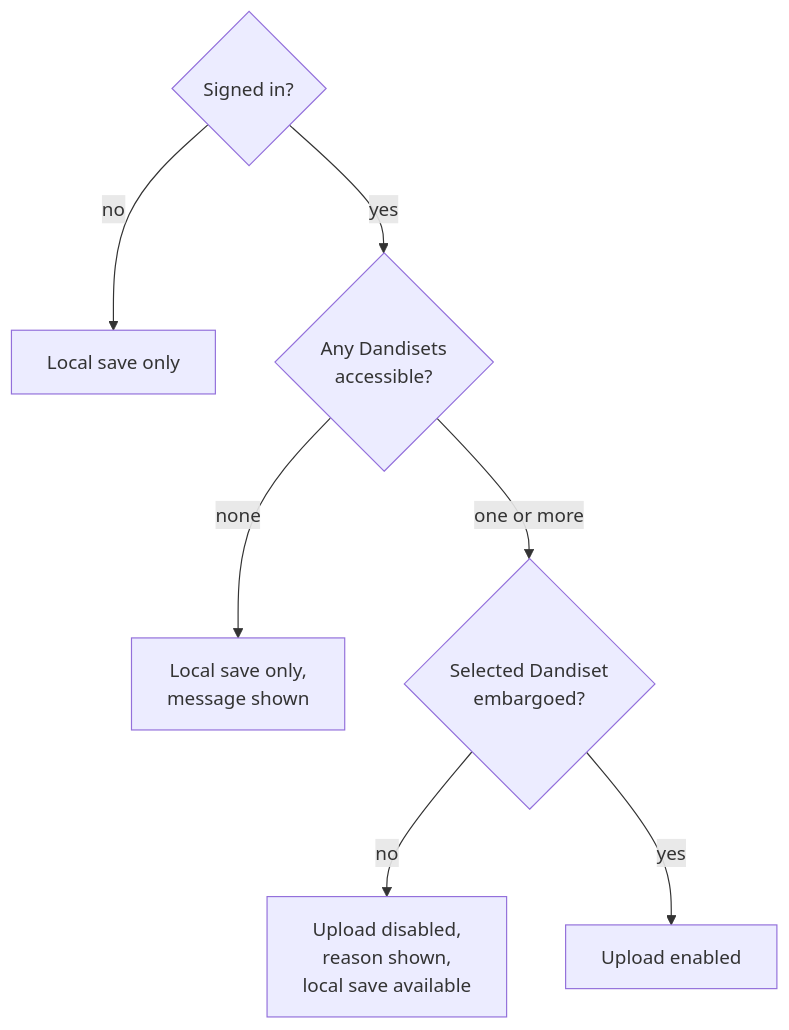
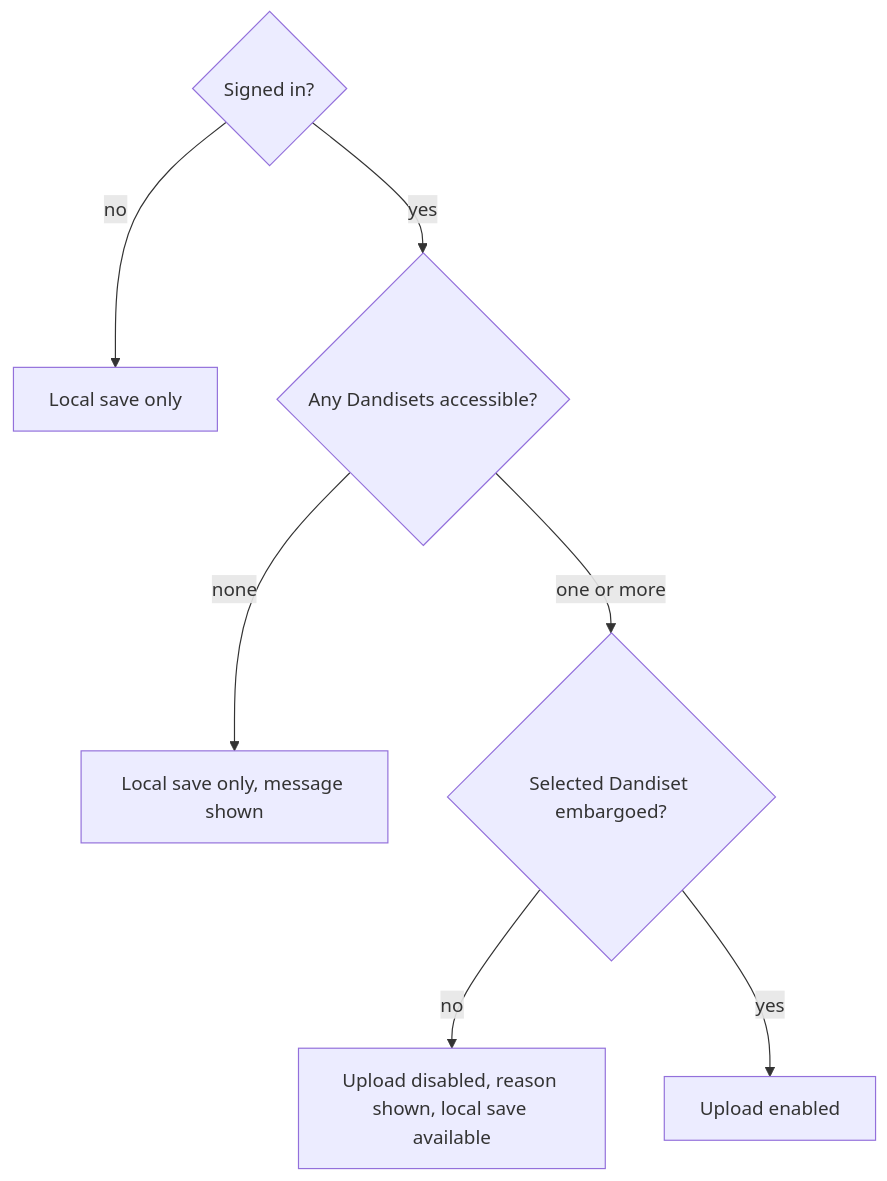
One commit to CodyCBakerPhD/BBQS-EMBER-docs changed diagram 14 of 15 in user-stories/clip-extractor.md. Above: the diagram before and after it, drawn with Mermaid. The commit also changed other lines of this file and 1 other file, not shown here.

First line of the commit message:
Drop manual line breaks from Mermaid labels; add agent instructions

````diff
--- a/user-stories/clip-extractor.md
+++ b/user-stories/clip-extractor.md
@@ -448,9 +448,9 @@
 ```mermaid
 flowchart TD
     A{Signed in?} -- no --> L[Local save only]
-    A -- yes --> B{Any Dandisets<br/>accessible?}
-    B -- none --> L2[Local save only,<br/>message shown]
-    B -- one or more --> C{Selected Dandiset<br/>embargoed?}
-    C -- no --> D[Upload disabled,<br/>reason shown,<br/>local save available]
+    A -- yes --> B{Any Dandisets accessible?}
+    B -- none --> L2[Local save only, message shown]
+    B -- one or more --> C{Selected Dandiset embargoed?}
+    C -- no --> D[Upload disabled, reason shown, local save available]
     C -- yes --> U[Upload enabled]
 ```
````
